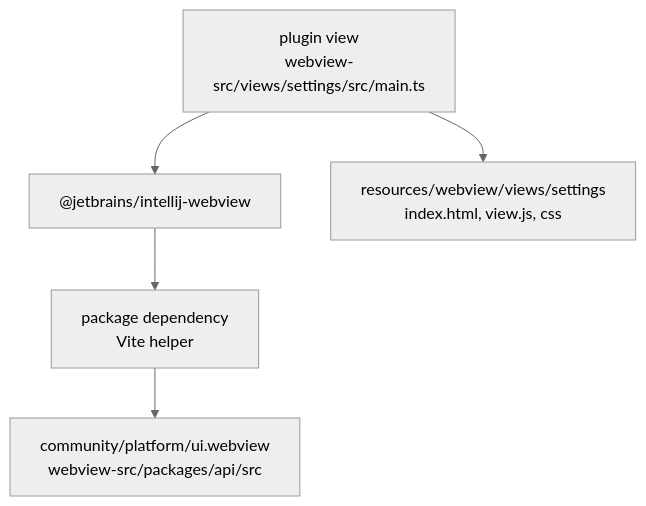
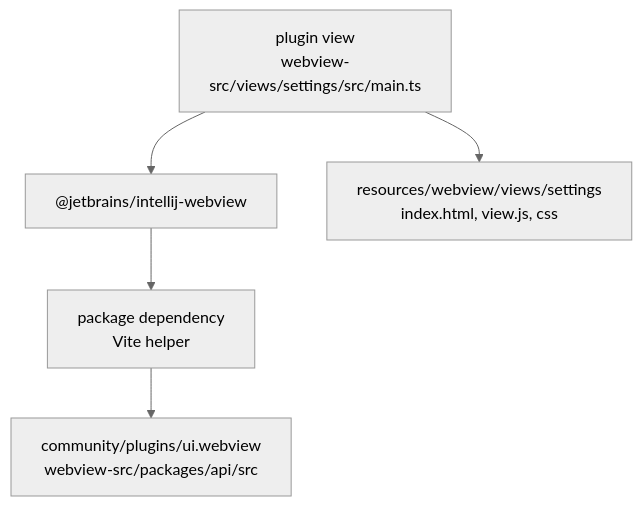
The second of 5 diagrams in plugins/ui.webview/docs/frontend/WebView-Frontend-Dependency-Resolution.md (JetBrains/intellij-community), drawn with Mermaid (neutral theme) before and after one commit. The commit also changed other lines of this file and 39 other files, not shown here.

````diff
--- a/plugins/ui.webview/docs/frontend/WebView-Frontend-Dependency-Resolution.md
+++ b/plugins/ui.webview/docs/frontend/WebView-Frontend-Dependency-Resolution.md
@@ -49,13 +49,13 @@
 ```mermaid
 flowchart TD
   View["plugin view\nwebview-src/views/settings/src/main.ts"]
   Import["@jetbrains/intellij-webview"]
   Alias["package dependency\nVite helper"]
-  Source["community/platform/ui.webview\nwebview-src/packages/api/src"]
+  Source["community/plugins/ui.webview\nwebview-src/packages/api/src"]
   Output["resources/webview/views/settings\nindex.html, view.js, css"]
 
   View --> Import
   Import --> Alias
   Alias --> Source
   View --> Output
 ```
````
